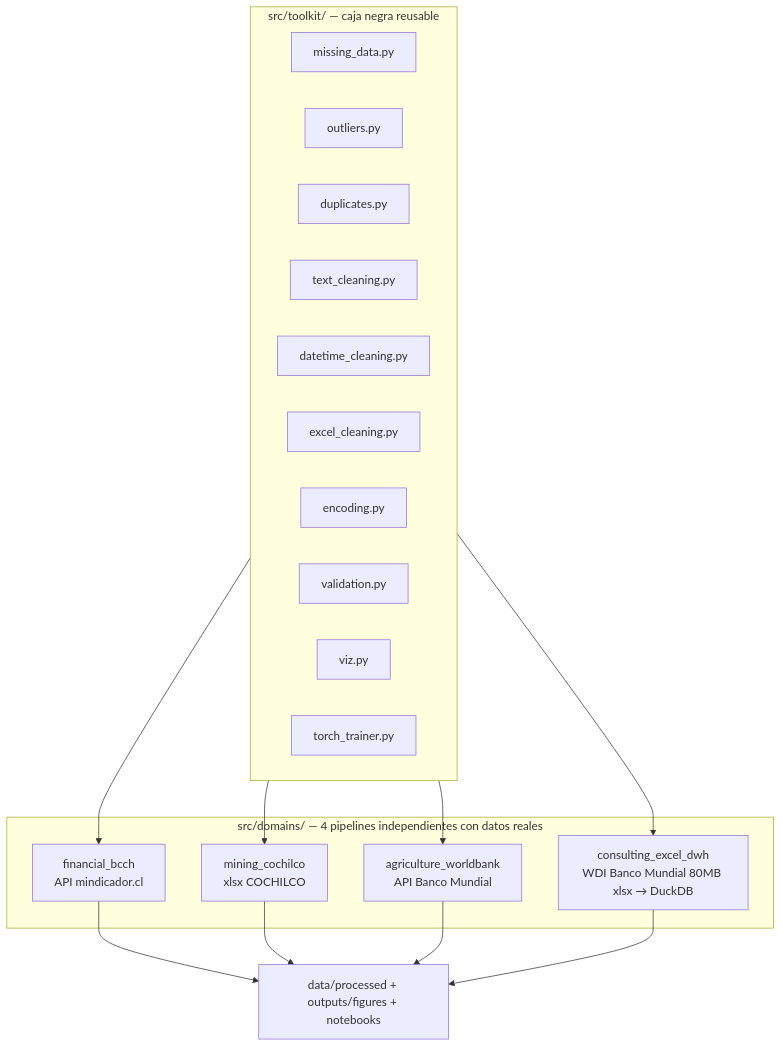
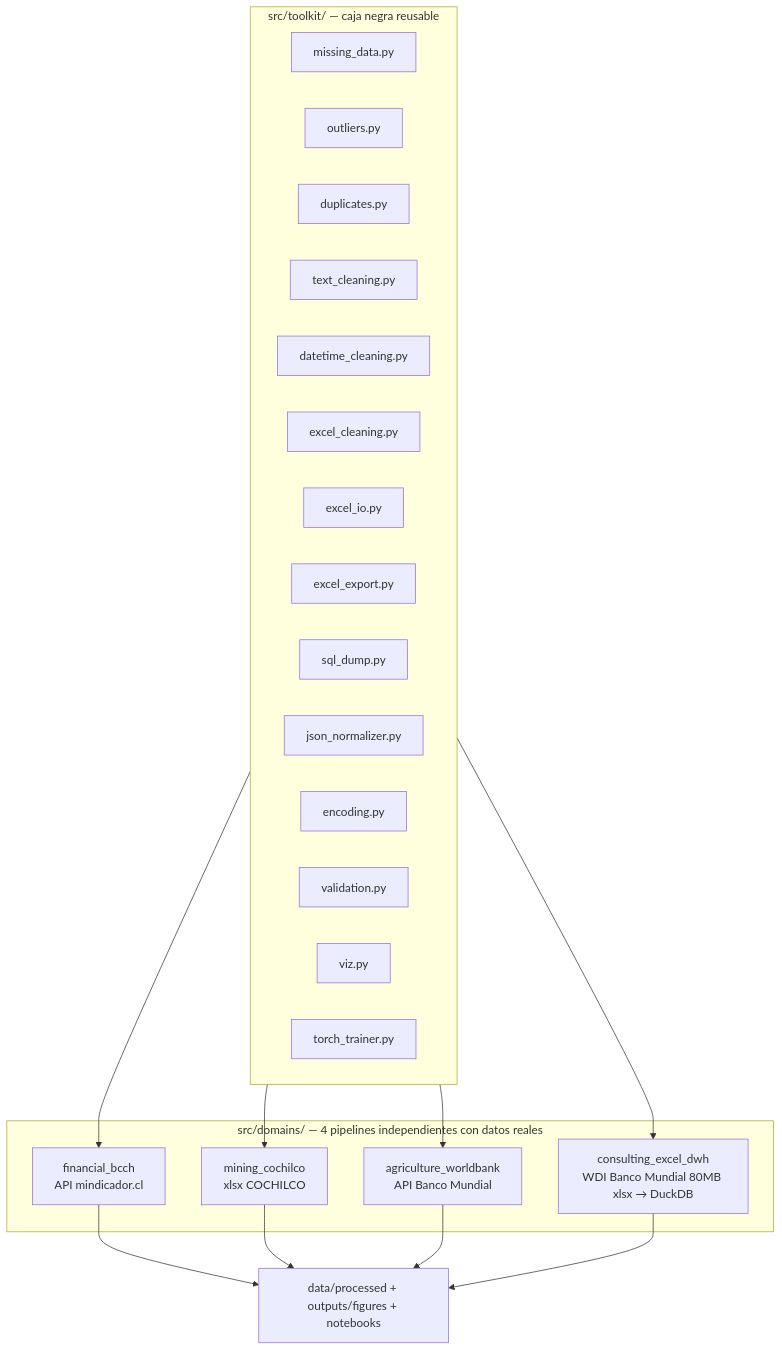
One commit to Rxyxs/Limpieza_Datos changed the diagram in README.es.md. Above: the diagram before and after it, drawn with Mermaid. The commit also changed other lines of this file and 11 other files, not shown here.

First line of the commit message:
feat: xlsx, Excel deliverable and SQL dump modules in the reusable toolkit

````diff
--- a/README.es.md
+++ b/README.es.md
@@ -11,25 +11,29 @@
 ```mermaid
 flowchart TB
     subgraph toolkit["src/toolkit/ — caja negra reusable"]
         MD[missing_data.py]
         OUT[outliers.py]
         DUP[duplicates.py]
         TXT[text_cleaning.py]
         DT[datetime_cleaning.py]
         EXC[excel_cleaning.py]
+        EIO[excel_io.py]
+        EXP[excel_export.py]
+        SQL[sql_dump.py]
+        JSN[json_normalizer.py]
         ENC[encoding.py]
         VAL[validation.py]
         VIZ[viz.py]
         TRAIN[torch_trainer.py]
     end
 
     subgraph domains["src/domains/ — 4 pipelines independientes con datos reales"]
         FIN[financial_bcch<br/>API mindicador.cl]
         MIN[mining_cochilco<br/>xlsx COCHILCO]
         AGR[agriculture_worldbank<br/>API Banco Mundial]
         DWH[consulting_excel_dwh<br/>WDI Banco Mundial 80MB xlsx → DuckDB]
     end
 
     toolkit --> FIN & MIN & AGR & DWH
     FIN & MIN & AGR & DWH --> RESULTADOS[data/processed + outputs/figures + notebooks]
 ```
````
